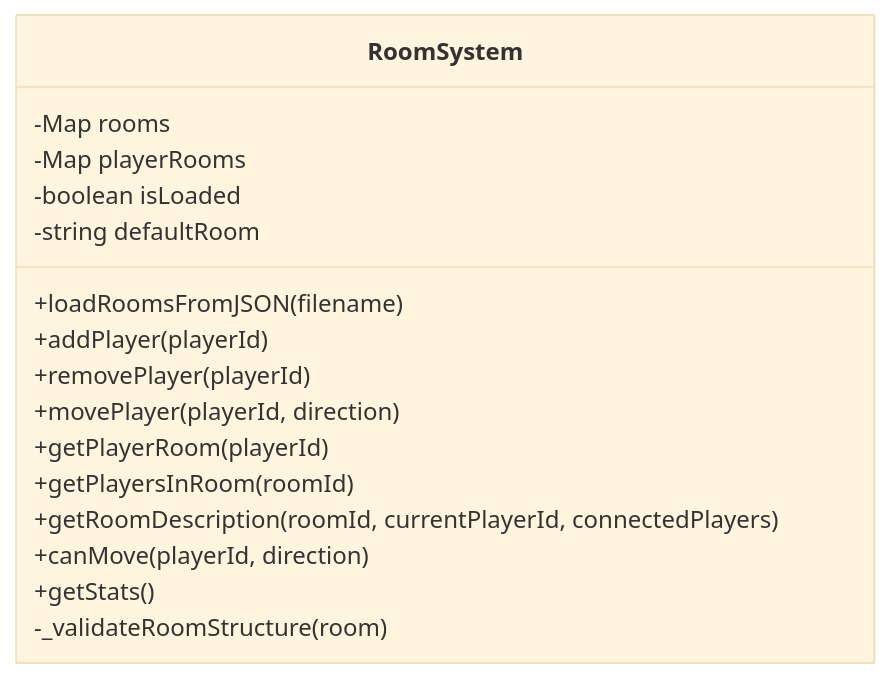
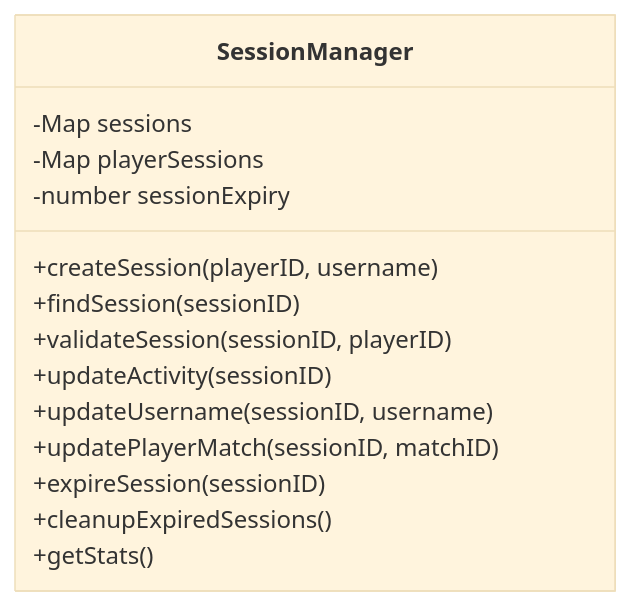
One commit to MichelPescina/JogoTesto changed the second of 8 diagrams in documentation/TECH_OVERVIEW.md. Above: the diagram before and after it, drawn with Mermaid (base theme). The commit also changed other lines of this file and 1 other file, not shown here.

Commit message:
Updated documentation to the current state of project

````diff
--- a/documentation/TECH_OVERVIEW.md
+++ b/documentation/TECH_OVERVIEW.md
@@ -73,19 +87,17 @@
 ```mermaid
 classDiagram
-    class RoomSystem {
-        -Map rooms
-        -Map playerRooms
-        -boolean isLoaded
-        -string defaultRoom
-        +loadRoomsFromJSON(filename)
-        +addPlayer(playerId)
-        +removePlayer(playerId)
-        +movePlayer(playerId, direction)
-        +getPlayerRoom(playerId)
-        +getPlayersInRoom(roomId)
-        +getRoomDescription(roomId, currentPlayerId, connectedPlayers)
-        +canMove(playerId, direction)
+    class SessionManager {
+        -Map sessions
+        -Map playerSessions
+        -number sessionExpiry
+        +createSession(playerID, username)
+        +findSession(sessionID)
+        +validateSession(sessionID, playerID)
+        +updateActivity(sessionID)
+        +updateUsername(sessionID, username)
+        +updatePlayerMatch(sessionID, matchID)
+        +expireSession(sessionID)
+        +cleanupExpiredSessions()
         +getStats()
-        -_validateRoomStructure(room)
     }
 ```
````
